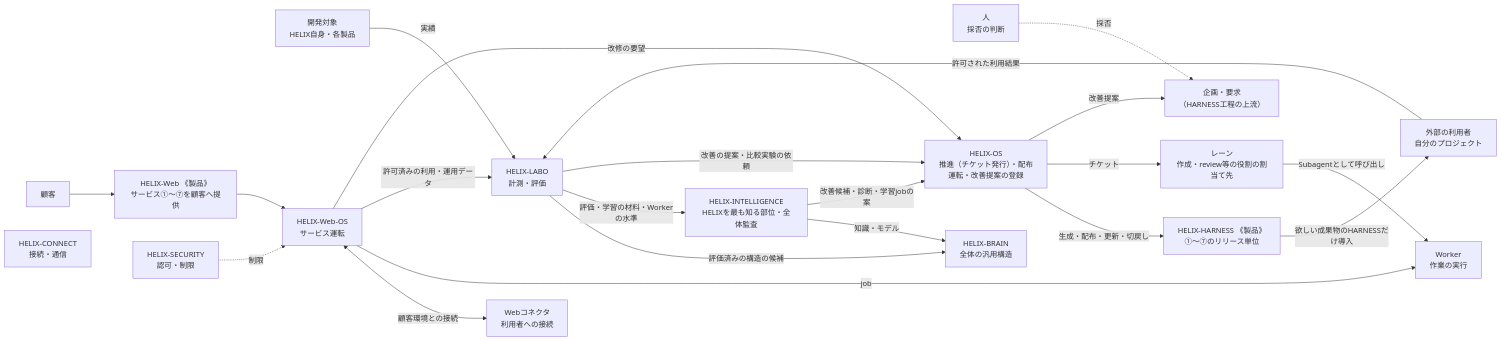
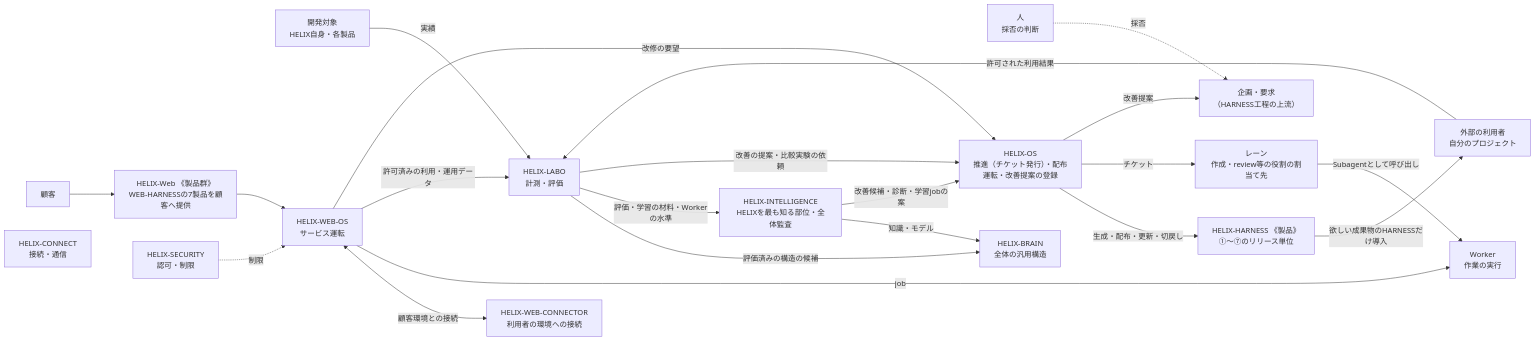
One commit to RetryYN/HELIX-HARNESS changed the third of 3 diagrams in docs/concept/helix-concept.md. Above: the diagram before and after it, drawn with Mermaid. The commit also changed other lines of this file and 212 other files, not shown here.

Commit message:
docs: place the HELIX-Web product group requirement draft as candidates and reflect its structure in Concept

````diff
--- a/docs/concept/helix-concept.md
+++ b/docs/concept/helix-concept.md
@@ -166,41 +166,41 @@
 ```mermaid
 flowchart LR
     REQ2["企画・要求<br/>（HARNESS工程の上流）"]
     Human["人<br/>採否の判断"]
     Targets["開発対象<br/>HELIX自身・各製品"]
     PKG["HELIX-HARNESS 《製品》<br/>①〜⑦のリリース単位"]
     ExtUser["外部の利用者<br/>自分のプロジェクト"]
     Customer["顧客"]
-    WEB["HELIX-Web 《製品》<br/>サービス①〜⑦を顧客へ提供"]
-    WEBOS["HELIX-Web-OS<br/>サービス運転"]
-    WEBCONN["Webコネクタ<br/>利用者への接続"]
+    WEB["HELIX-Web 《製品群》<br/>WEB-HARNESSの7製品を顧客へ提供"]
+    WEBOS["HELIX-WEB-OS<br/>サービス運転"]
+    WEBCONN["HELIX-WEB-CONNECTOR<br/>利用者の環境への接続"]
     CONNECT["HELIX-CONNECT<br/>接続・通信"]
     LANES2["レーン<br/>作成・review等の役割の割当て先"]
     WORKER["Worker<br/>作業の実行"]
     LABO["HELIX-LABO<br/>計測・評価"]
     INT["HELIX-INTELLIGENCE<br/>HELIXを最も知る部位・全体監査"]
     BRAIN["HELIX-BRAIN<br/>全体の汎用構造"]
     OS["HELIX-OS<br/>推進（チケット発行）・配布運転・改善提案の登録"]
     SEC["HELIX-SECURITY<br/>認可・制限"]
 
     OS -->|生成・配布・更新・切戻し| PKG
     PKG -->|欲しい成果物のHARNESSだけ導入| ExtUser
     ExtUser -->|許可された利用結果| LABO
     Customer --> WEB
     WEB --> WEBOS
     WEBOS <-->|顧客環境との接続| WEBCONN
     WEBOS -->|job| WORKER
     SEC -.->|制限| WEBOS
     Targets -->|実績| LABO
     WEBOS -->|許可済みの利用・運用データ| LABO
     WEBOS -->|改修の要望| OS
     LABO -->|評価済みの構造の候補| BRAIN
     LABO -->|評価・学習の材料・Workerの水準| INT
     LABO -->|改善の提案・比較実験の依頼| OS
     INT -->|知識・モデル| BRAIN
     INT -->|改善候補・診断・学習jobの案| OS
     OS -->|チケット| LANES2
     LANES2 -->|Subagentとして呼び出し| WORKER
     OS -->|改善提案| REQ2
     Human -.->|採否| REQ2
 ```
````
